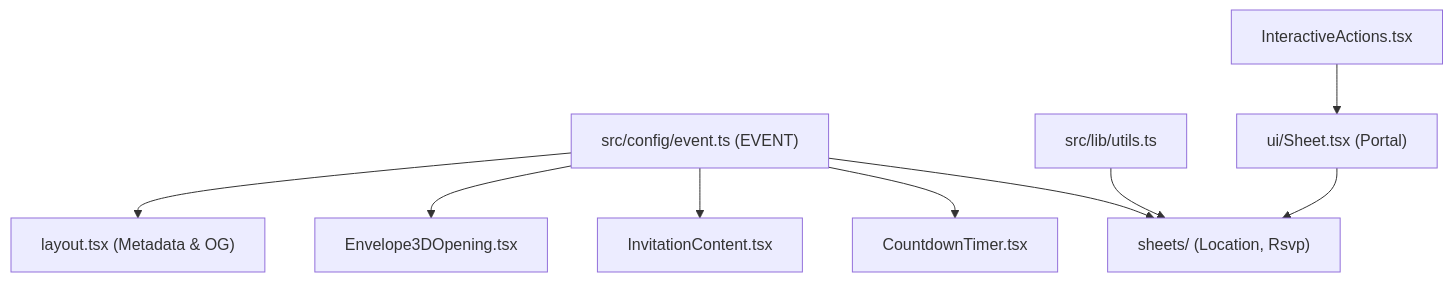
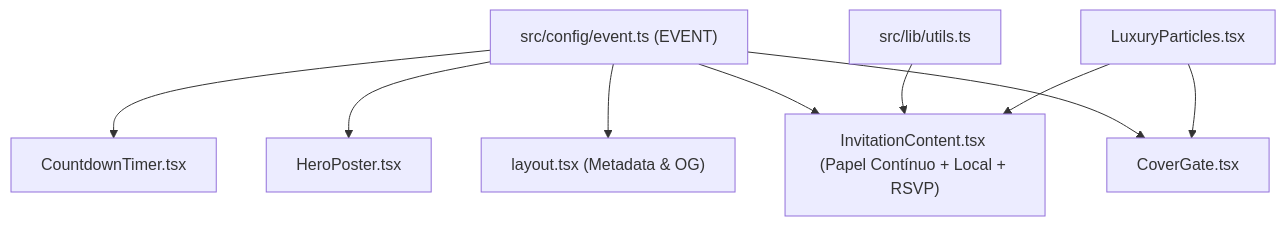
Before and after one commit to gomeslxy/carol-convite: the diagram in Docs/01-arquitetura-e-estrutura.md, drawn with Mermaid. The commit also changed other lines of this file and 40 other files, not shown here.

Commit message:
feat: initialize interactive 18th birthday invitation Next.js app with documentation

````diff
--- a/Docs/01-arquitetura-e-estrutura.md
+++ b/Docs/01-arquitetura-e-estrutura.md
@@ -103,11 +95,11 @@
 ```mermaid
 flowchart TD
     CFG["src/config/event.ts (EVENT)"] --> LAYOUT["layout.tsx (Metadata & OG)"]
-    CFG --> ENV["Envelope3DOpening.tsx"]
-    CFG --> CONTENT["InvitationContent.tsx"]
+    CFG --> COVER["CoverGate.tsx"]
+    CFG --> POSTER["HeroPoster.tsx"]
+    CFG --> CONTENT["InvitationContent.tsx (Papel Contínuo + Local + RSVP)"]
     CFG --> COUNT["CountdownTimer.tsx"]
-    CFG --> SHEETS["sheets/ (Location, Rsvp)"]
-    UTILS["src/lib/utils.ts"] --> SHEETS
-    ACTIONS["InteractiveActions.tsx"] --> SHEET["ui/Sheet.tsx (Portal)"]
-    SHEET --> SHEETS
+    UTILS["src/lib/utils.ts"] --> CONTENT
+    PARTICLES["LuxuryParticles.tsx"] --> COVER
+    PARTICLES --> CONTENT
 ```
````
